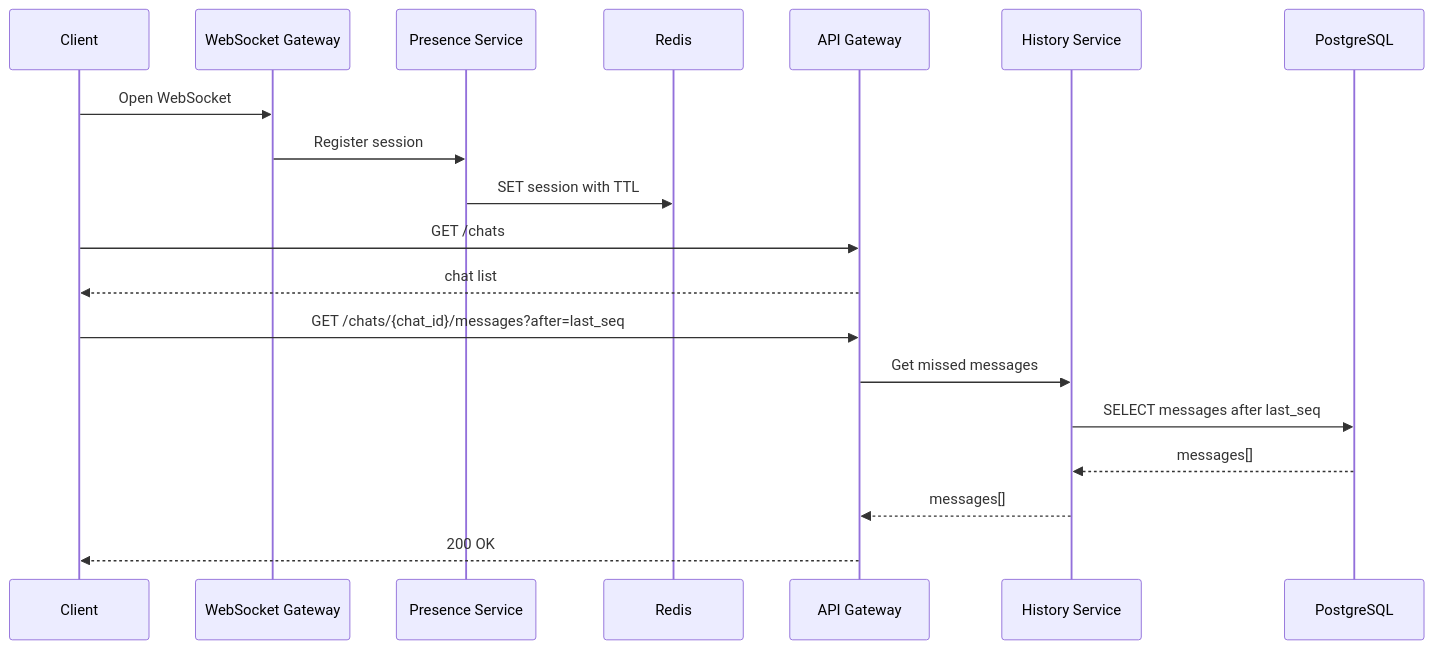
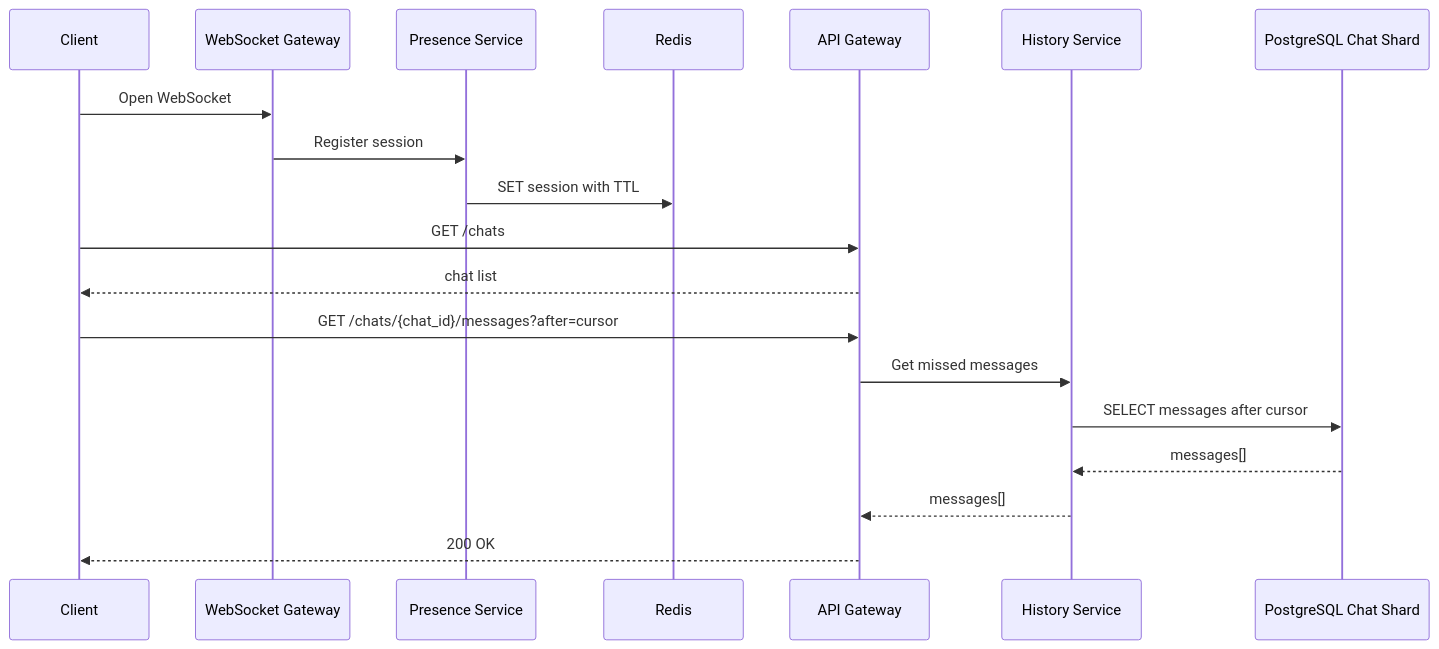
The eighth of 10 diagrams in technical_solution_messenger.md (jerempir/Technical-Solution-for-a-Messenger-System), drawn with Mermaid before and after one commit. The commit also changed other lines of this file, not shown here.

````diff
--- a/technical_solution_messenger.md
+++ b/technical_solution_messenger.md
@@ -1051,22 +1290,22 @@
 ```mermaid
 sequenceDiagram
     participant Client
     participant WSGW as WebSocket Gateway
     participant Presence as Presence Service
     participant Redis as Redis
     participant APIGW as API Gateway
     participant History as History Service
-    participant Postgres as PostgreSQL
+    participant Postgres as PostgreSQL Chat Shard
 
     Client->>WSGW: Open WebSocket
     WSGW->>Presence: Register session
     Presence->>Redis: SET session with TTL
     Client->>APIGW: GET /chats
     APIGW-->>Client: chat list
-    Client->>APIGW: GET /chats/{chat_id}/messages?after=last_seq
+    Client->>APIGW: GET /chats/{chat_id}/messages?after=cursor
     APIGW->>History: Get missed messages
-    History->>Postgres: SELECT messages after last_seq
+    History->>Postgres: SELECT messages after cursor
     Postgres-->>History: messages[]
     History-->>APIGW: messages[]
     APIGW-->>Client: 200 OK
 ```
````
